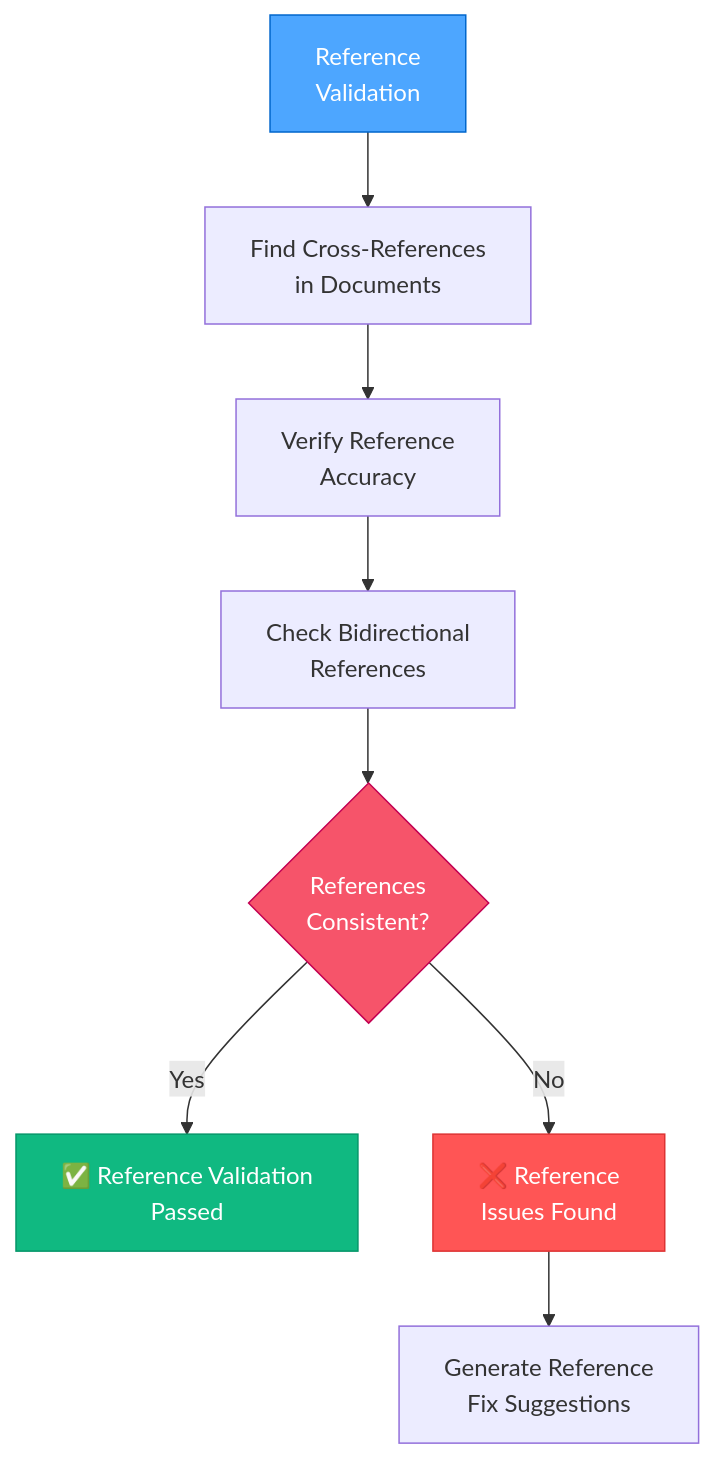
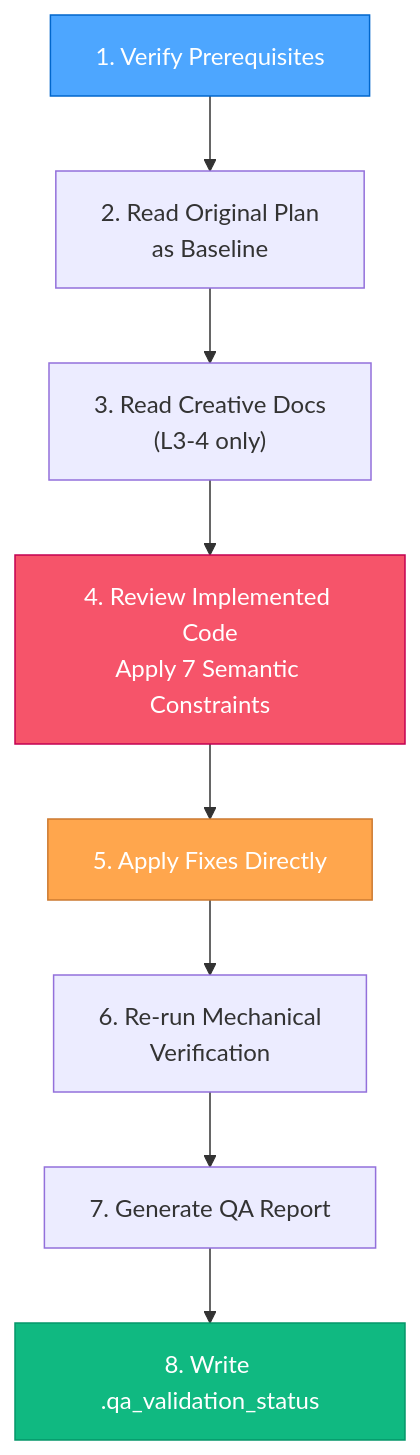
One commit to Texarkanine/.cursor-rules changed the second of 3 diagrams in rulesets/niko/niko/visual-maps/qa-mode-map.mdc. Above: the diagram before and after it, drawn with Mermaid. The commit also changed other lines of this file and 22 other files, not shown here.

````diff
--- a/rulesets/niko/niko/visual-maps/qa-mode-map.mdc
+++ b/rulesets/niko/niko/visual-maps/qa-mode-map.mdc
@@ -137,17 +75,15 @@
 ```mermaid
 graph TD
-    RV["Reference<br>Validation"] --> FindRefs["Find Cross-References<br>in Documents"]
-    FindRefs --> VerifyRefs["Verify Reference<br>Accuracy"]
-    VerifyRefs --> CheckBackRefs["Check Bidirectional<br>References"]
-    
-    CheckBackRefs --> RefConsistency{"References<br>Consistent?"}
-    RefConsistency -->|"Yes"| PassRefs["✅ Reference Validation<br>Passed"]
-    RefConsistency -->|"No"| FailRefs["❌ Reference<br>Issues Found"]
-    
-    FailRefs --> RefFixSuggestions["Generate Reference<br>Fix Suggestions"]
-    
-    style RV fill:#4da6ff,stroke:#0066cc,color:white
-    style RefConsistency fill:#f6546a,stroke:#c30052,color:white
-    style PassRefs fill:#10b981,stroke:#059669,color:white
-    style FailRefs fill:#ff5555,stroke:#dd3333,color:white
+    Step1["1. Verify Prerequisites"] --> Step2["2. Read Original Plan<br>as Baseline"]
+    Step2 --> Step3["3. Read Creative Docs<br>(L3-4 only)"]
+    Step3 --> Step4["4. Review Implemented Code<br>Apply 7 Semantic Constraints"]
+    Step4 --> Step5["5. Apply Fixes Directly"]
+    Step5 --> Step6["6. Re-run Mechanical<br>Verification"]
+    Step6 --> Step7["7. Generate QA Report"]
+    Step7 --> Step8["8. Write .qa_validation_status"]
+
+    style Step1 fill:#4da6ff,stroke:#0066cc,color:white
+    style Step4 fill:#f6546a,stroke:#c30052,color:white
+    style Step5 fill:#ffa64d,stroke:#cc7a30,color:white
+    style Step8 fill:#10b981,stroke:#059669,color:white
 ```
````
